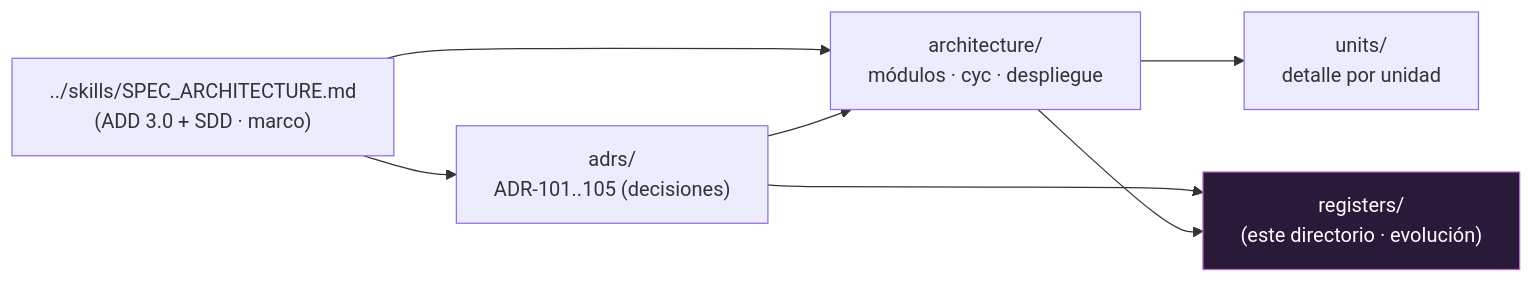
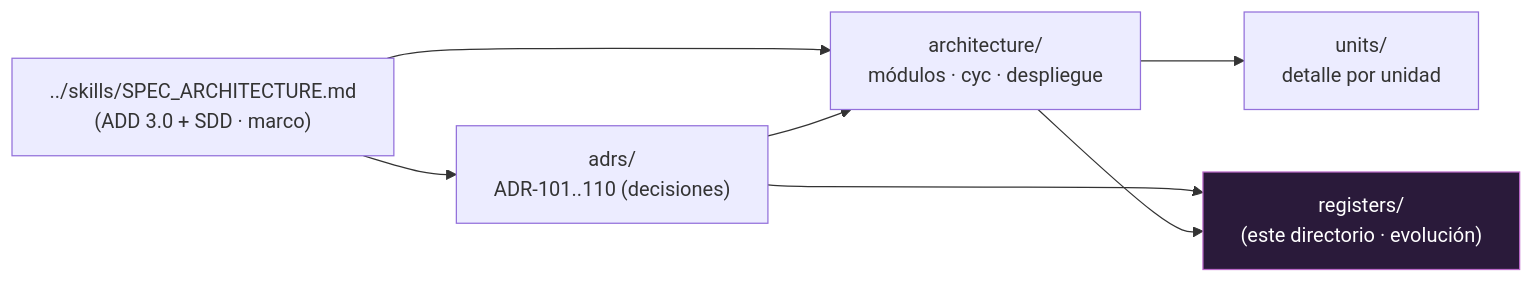
The diagram in trinity/registers/README.md (az-juan/trotamundos), drawn with Mermaid before and after one commit. The commit also changed 28 other files, not shown here.

````diff
--- a/trinity/registers/README.md
+++ b/trinity/registers/README.md
@@ -29,15 +29,15 @@
 ```mermaid
 graph LR
     SPEC["../skills/SPEC_ARCHITECTURE.md<br/>(ADD 3.0 + SDD · marco)"]
-    ADR["adrs/<br/>ADR-101..105 (decisiones)"]
+    ADR["adrs/<br/>ADR-101..110 (decisiones)"]
     VISTAS["architecture/<br/>módulos · cyc · despliegue"]
     UNITS["units/<br/>detalle por unidad"]
     REG["registers/<br/>(este directorio · evolución)"]
     SPEC --> ADR
     SPEC --> VISTAS
     ADR --> VISTAS
     VISTAS --> UNITS
     ADR --> REG
     VISTAS --> REG
     style REG fill:#2a1a3a,stroke:#ba68c8,color:#fff
 ```
````
